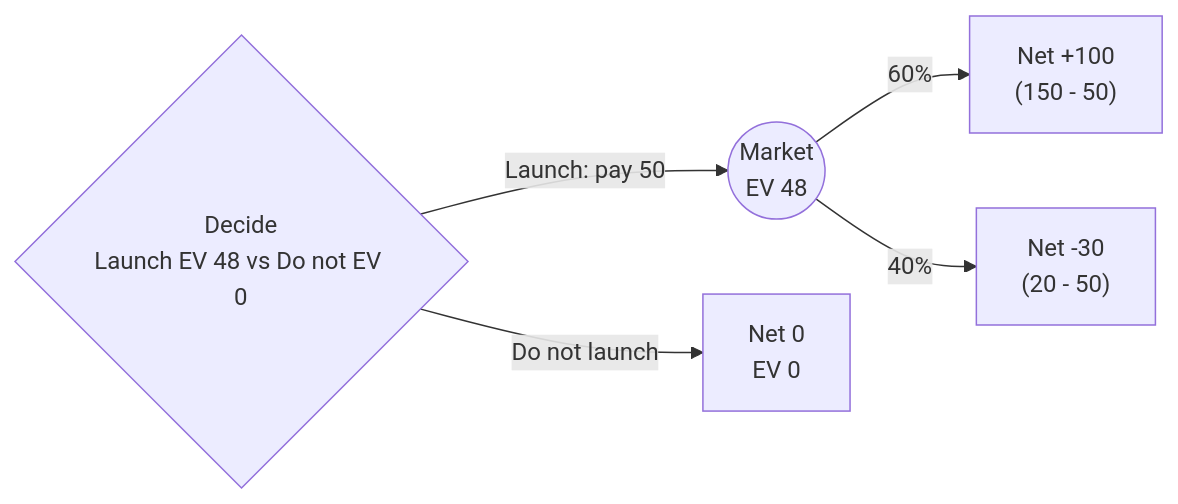
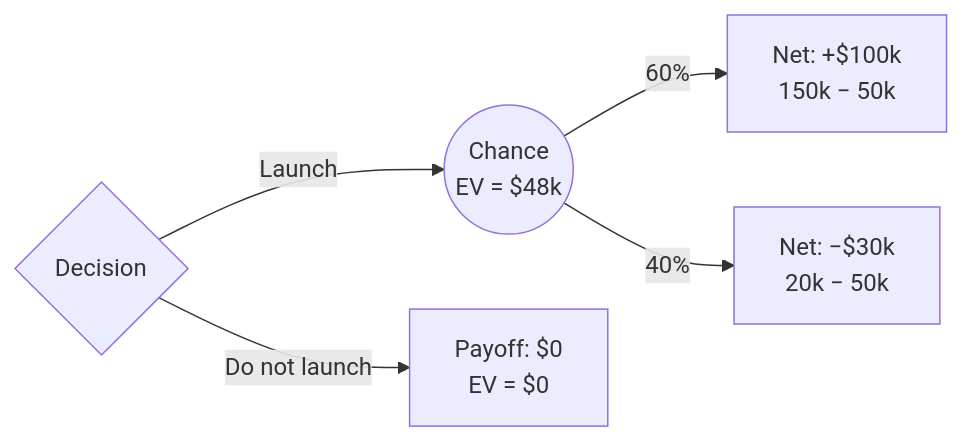
One commit to vrevolverrr/vicher changed the diagram in eval/figure/generated/haiku/b-decision-tree.md. Above: the diagram before and after it, drawn with Mermaid. The commit also changed other lines of this file and 105 other files, not shown here.

Commit message:
test(eval): regenerate the figure replies under the final prompt

````diff
--- a/eval/figure/generated/haiku/b-decision-tree.md
+++ b/eval/figure/generated/haiku/b-decision-tree.md
@@ -7,7 +5,7 @@
 ```mermaid
 flowchart LR
-    D{"Decide<br/>Launch EV 48 vs Do not EV 0"} -->|"Launch: pay 50"| C(("Market<br/>EV 48"))
-    D -->|"Do not launch"| N["Net 0<br/>EV 0"]
-    C -->|"60%"| A["Net +100<br/>(150 - 50)"]
-    C -->|"40%"| B["Net -30<br/>(20 - 50)"]
+    D{Decision} -->|Launch| C(("Chance<br/>EV = $48k"))
+    D -->|Do not launch| N["Payoff: $0<br/>EV = $0"]
+    C -->|"60%"| H["Net: +$100k<br/>150k − 50k"]
+    C -->|"40%"| L["Net: −$30k<br/>20k − 50k"]
 ```
````
